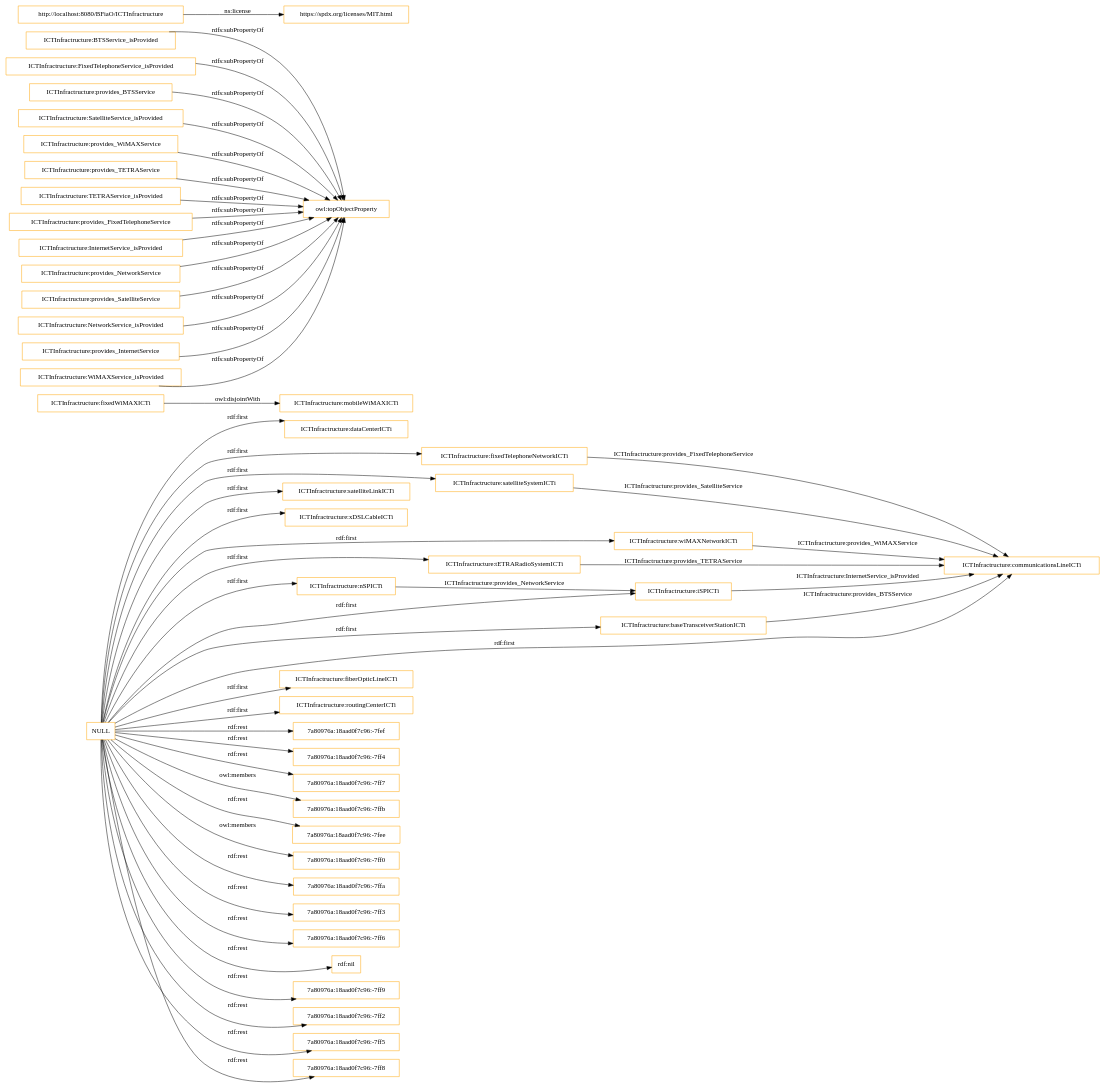
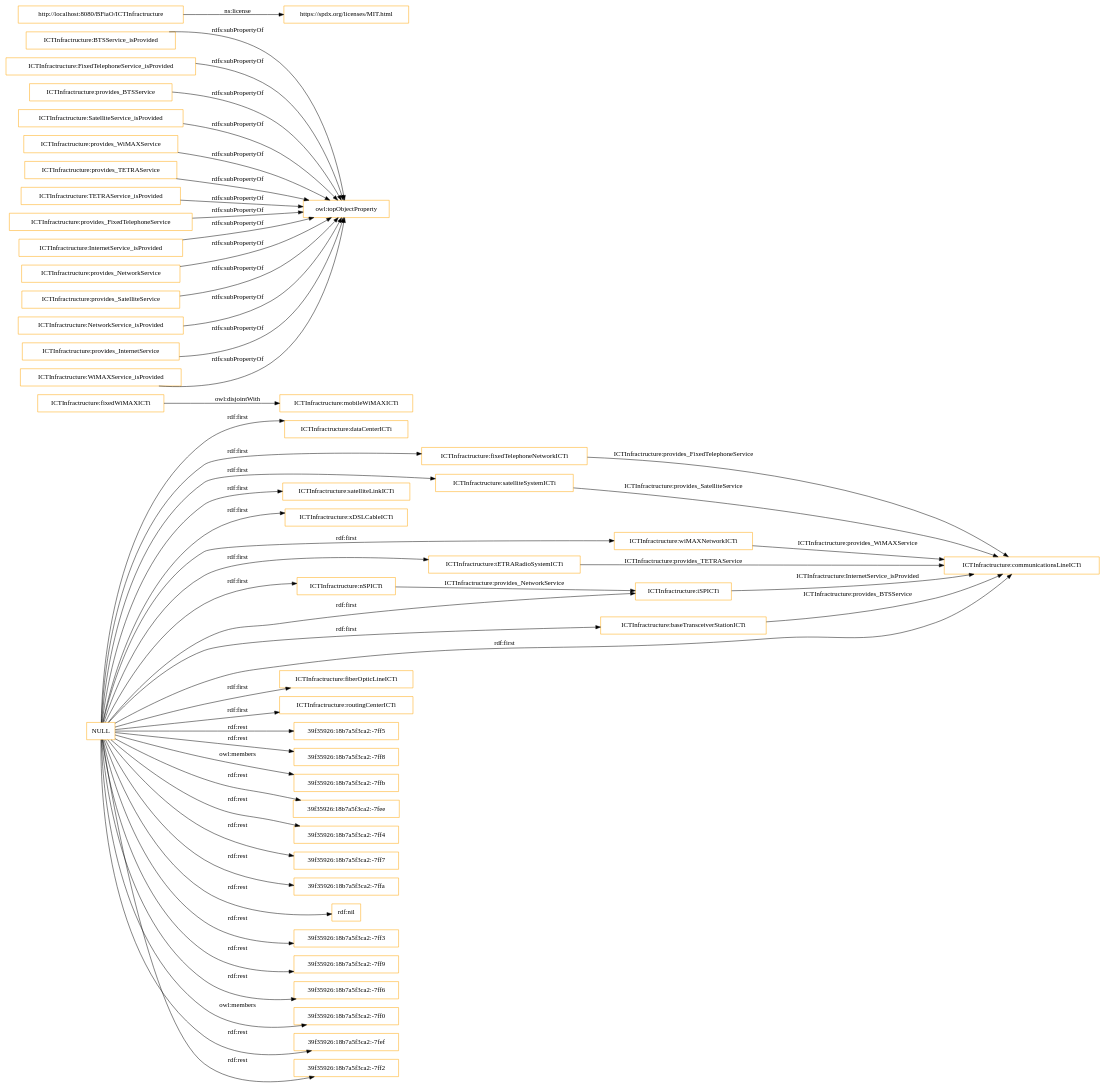
The diagram in OnToology/ICTInfrastructure.owl/diagrams/ar2dtool-class/ICTInfrastructure.owl.png.dot (ahmad88me/bfiao), drawn with Graphviz before and after one commit. The commit also changed 25 other files, not shown here.

```diff
--- a/OnToology/ICTInfrastructure.owl/diagrams/ar2dtool-class/ICTInfrastructure.owl.png.dot
+++ b/OnToology/ICTInfrastructure.owl/diagrams/ar2dtool-class/ICTInfrastructure.owl.png.dot
@@ -1,56 +1,56 @@
 digraph ar2dtool_diagram { 
 rankdir=LR;
 size="1501"
 node [shape = rectangle, color="orange"]; "ICTInfractructure:dataCenterICTi" "ICTInfractructure:fixedTelephoneNetworkICTi" "ICTInfractructure:fixedWiMAXICTi" "ICTInfractructure:satelliteSystemICTi" "ICTInfractructure:mobileWiMAXICTi" "ICTInfractructure:satelliteLinkICTi" "ICTInfractructure:xDSLCableICTi" "ICTInfractructure:wiMAXNetworkICTi" "ICTInfractructure:iSPICTi" "ICTInfractructure:tETRARadioSystemICTi" "ICTInfractructure:baseTransceiverStationICTi" "ICTInfractructure:communicationsLineICTi" "ICTInfractructure:nSPICTi" "ICTInfractructure:fiberOpticLineICTi" "ICTInfractructure:routingCenterICTi" ; /*classes style*/
 	"ICTInfractructure:BTSService_isProvided" -> "owl:topObjectProperty" [ label = "rdfs:subPropertyOf" ];
 	"ICTInfractructure:FixedTelephoneService_isProvided" -> "owl:topObjectProperty" [ label = "rdfs:subPropertyOf" ];
 	"ICTInfractructure:provides_BTSService" -> "owl:topObjectProperty" [ label = "rdfs:subPropertyOf" ];
 	"ICTInfractructure:fixedWiMAXICTi" -> "ICTInfractructure:mobileWiMAXICTi" [ label = "owl:disjointWith" ];
 	"ICTInfractructure:SatelliteService_isProvided" -> "owl:topObjectProperty" [ label = "rdfs:subPropertyOf" ];
 	"ICTInfractructure:provides_WiMAXService" -> "owl:topObjectProperty" [ label = "rdfs:subPropertyOf" ];
 	"ICTInfractructure:provides_TETRAService" -> "owl:topObjectProperty" [ label = "rdfs:subPropertyOf" ];
 	"ICTInfractructure:TETRAService_isProvided" -> "owl:topObjectProperty" [ label = "rdfs:subPropertyOf" ];
 	"http://localhost:8080/BFiaO/ICTInfractructure" -> "https://spdx.org/licenses/MIT.html" [ label = "ns:license" ];
 	"ICTInfractructure:provides_FixedTelephoneService" -> "owl:topObjectProperty" [ label = "rdfs:subPropertyOf" ];
 	"ICTInfractructure:InternetService_isProvided" -> "owl:topObjectProperty" [ label = "rdfs:subPropertyOf" ];
 	"ICTInfractructure:provides_NetworkService" -> "owl:topObjectProperty" [ label = "rdfs:subPropertyOf" ];
 	"ICTInfractructure:provides_SatelliteService" -> "owl:topObjectProperty" [ label = "rdfs:subPropertyOf" ];
 	"ICTInfractructure:NetworkService_isProvided" -> "owl:topObjectProperty" [ label = "rdfs:subPropertyOf" ];
 	"ICTInfractructure:provides_InternetService" -> "owl:topObjectProperty" [ label = "rdfs:subPropertyOf" ];
-	"NULL" -> "7a80976a:18aad0f7c96:-7fef" [ label = "rdf:rest" ];
-	"NULL" -> "7a80976a:18aad0f7c96:-7ff4" [ label = "rdf:rest" ];
+	"NULL" -> "39f35926:18b7a5f3ca2:-7ff5" [ label = "rdf:rest" ];
+	"NULL" -> "39f35926:18b7a5f3ca2:-7ff8" [ label = "rdf:rest" ];
 	"NULL" -> "ICTInfractructure:xDSLCableICTi" [ label = "rdf:first" ];
-	"NULL" -> "7a80976a:18aad0f7c96:-7ff7" [ label = "rdf:rest" ];
 	"NULL" -> "ICTInfractructure:dataCenterICTi" [ label = "rdf:first" ];
 	"NULL" -> "ICTInfractructure:routingCenterICTi" [ label = "rdf:first" ];
-	"NULL" -> "7a80976a:18aad0f7c96:-7ffb" [ label = "owl:members" ];
-	"NULL" -> "7a80976a:18aad0f7c96:-7fee" [ label = "rdf:rest" ];
+	"NULL" -> "39f35926:18b7a5f3ca2:-7ffb" [ label = "owl:members" ];
+	"NULL" -> "39f35926:18b7a5f3ca2:-7fee" [ label = "rdf:rest" ];
+	"NULL" -> "39f35926:18b7a5f3ca2:-7ff4" [ label = "rdf:rest" ];
+	"NULL" -> "39f35926:18b7a5f3ca2:-7ff7" [ label = "rdf:rest" ];
 	"NULL" -> "ICTInfractructure:satelliteLinkICTi" [ label = "rdf:first" ];
 	"NULL" -> "ICTInfractructure:fixedTelephoneNetworkICTi" [ label = "rdf:first" ];
+	"NULL" -> "39f35926:18b7a5f3ca2:-7ffa" [ label = "rdf:rest" ];
 	"NULL" -> "ICTInfractructure:wiMAXNetworkICTi" [ label = "rdf:first" ];
 	"NULL" -> "ICTInfractructure:nSPICTi" [ label = "rdf:first" ];
-	"NULL" -> "7a80976a:18aad0f7c96:-7ff0" [ label = "owl:members" ];
-	"NULL" -> "7a80976a:18aad0f7c96:-7ffa" [ label = "rdf:rest" ];
 	"NULL" -> "ICTInfractructure:tETRARadioSystemICTi" [ label = "rdf:first" ];
-	"NULL" -> "7a80976a:18aad0f7c96:-7ff3" [ label = "rdf:rest" ];
-	"NULL" -> "7a80976a:18aad0f7c96:-7ff6" [ label = "rdf:rest" ];
 	"NULL" -> "ICTInfractructure:communicationsLineICTi" [ label = "rdf:first" ];
 	"NULL" -> "rdf:nil" [ label = "rdf:rest" ];
-	"NULL" -> "7a80976a:18aad0f7c96:-7ff9" [ label = "rdf:rest" ];
+	"NULL" -> "39f35926:18b7a5f3ca2:-7ff3" [ label = "rdf:rest" ];
+	"NULL" -> "39f35926:18b7a5f3ca2:-7ff9" [ label = "rdf:rest" ];
+	"NULL" -> "39f35926:18b7a5f3ca2:-7ff6" [ label = "rdf:rest" ];
+	"NULL" -> "39f35926:18b7a5f3ca2:-7ff0" [ label = "owl:members" ];
 	"NULL" -> "ICTInfractructure:baseTransceiverStationICTi" [ label = "rdf:first" ];
 	"NULL" -> "ICTInfractructure:satelliteSystemICTi" [ label = "rdf:first" ];
-	"NULL" -> "7a80976a:18aad0f7c96:-7ff2" [ label = "rdf:rest" ];
-	"NULL" -> "7a80976a:18aad0f7c96:-7ff5" [ label = "rdf:rest" ];
 	"NULL" -> "ICTInfractructure:iSPICTi" [ label = "rdf:first" ];
 	"NULL" -> "ICTInfractructure:fiberOpticLineICTi" [ label = "rdf:first" ];
-	"NULL" -> "7a80976a:18aad0f7c96:-7ff8" [ label = "rdf:rest" ];
+	"NULL" -> "39f35926:18b7a5f3ca2:-7fef" [ label = "rdf:rest" ];
+	"NULL" -> "39f35926:18b7a5f3ca2:-7ff2" [ label = "rdf:rest" ];
 	"ICTInfractructure:WiMAXService_isProvided" -> "owl:topObjectProperty" [ label = "rdfs:subPropertyOf" ];
 	"ICTInfractructure:fixedTelephoneNetworkICTi" -> "ICTInfractructure:communicationsLineICTi" [ label = "ICTInfractructure:provides_FixedTelephoneService" ];
 	"ICTInfractructure:wiMAXNetworkICTi" -> "ICTInfractructure:communicationsLineICTi" [ label = "ICTInfractructure:provides_WiMAXService" ];
 	"ICTInfractructure:satelliteSystemICTi" -> "ICTInfractructure:communicationsLineICTi" [ label = "ICTInfractructure:provides_SatelliteService" ];
 	"ICTInfractructure:iSPICTi" -> "ICTInfractructure:communicationsLineICTi" [ label = "ICTInfractructure:InternetService_isProvided" ];
 	"ICTInfractructure:tETRARadioSystemICTi" -> "ICTInfractructure:communicationsLineICTi" [ label = "ICTInfractructure:provides_TETRAService" ];
 	"ICTInfractructure:nSPICTi" -> "ICTInfractructure:iSPICTi" [ label = "ICTInfractructure:provides_NetworkService" ];
 	"ICTInfractructure:baseTransceiverStationICTi" -> "ICTInfractructure:communicationsLineICTi" [ label = "ICTInfractructure:provides_BTSService" ];
 
 }
```
